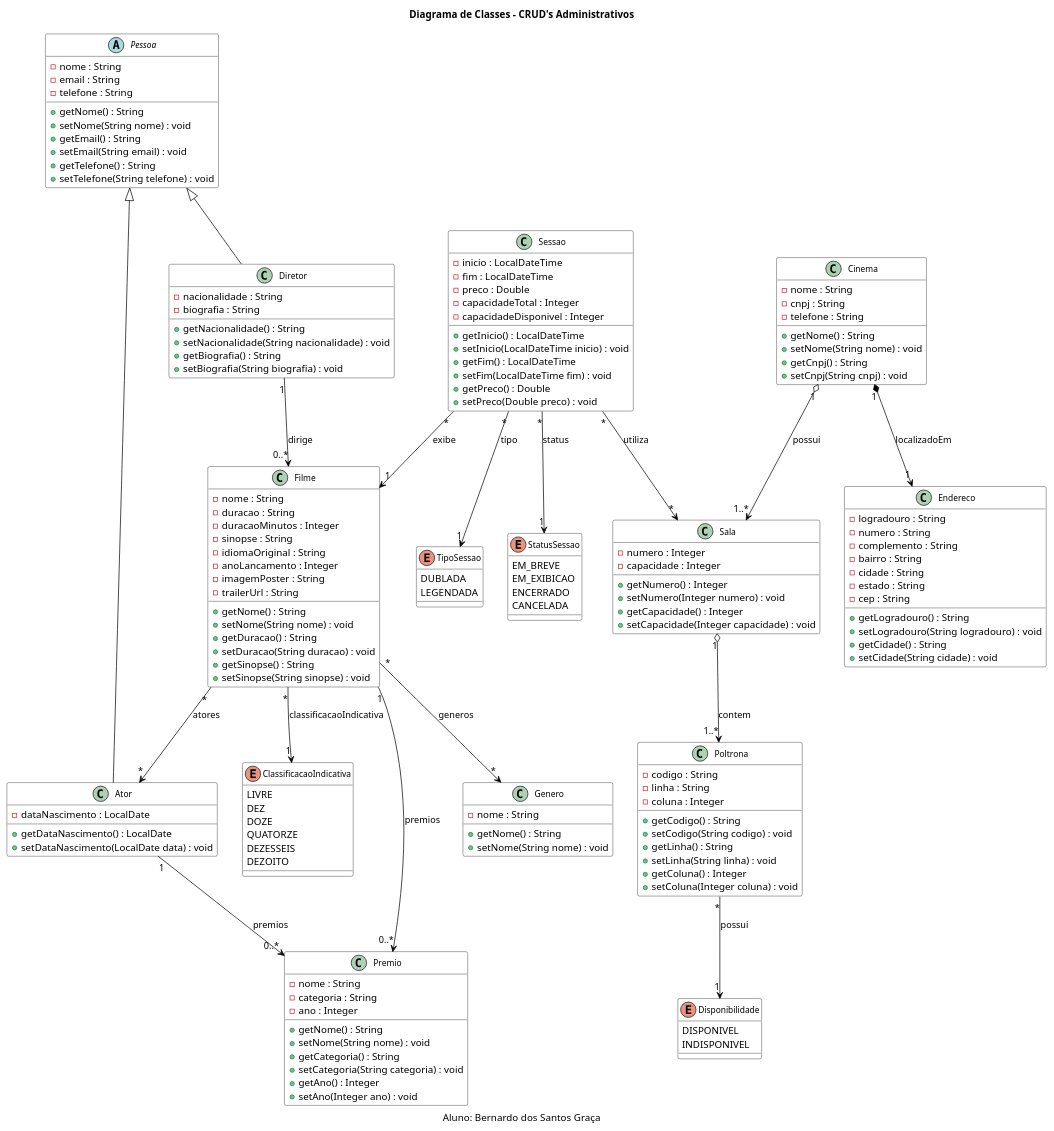
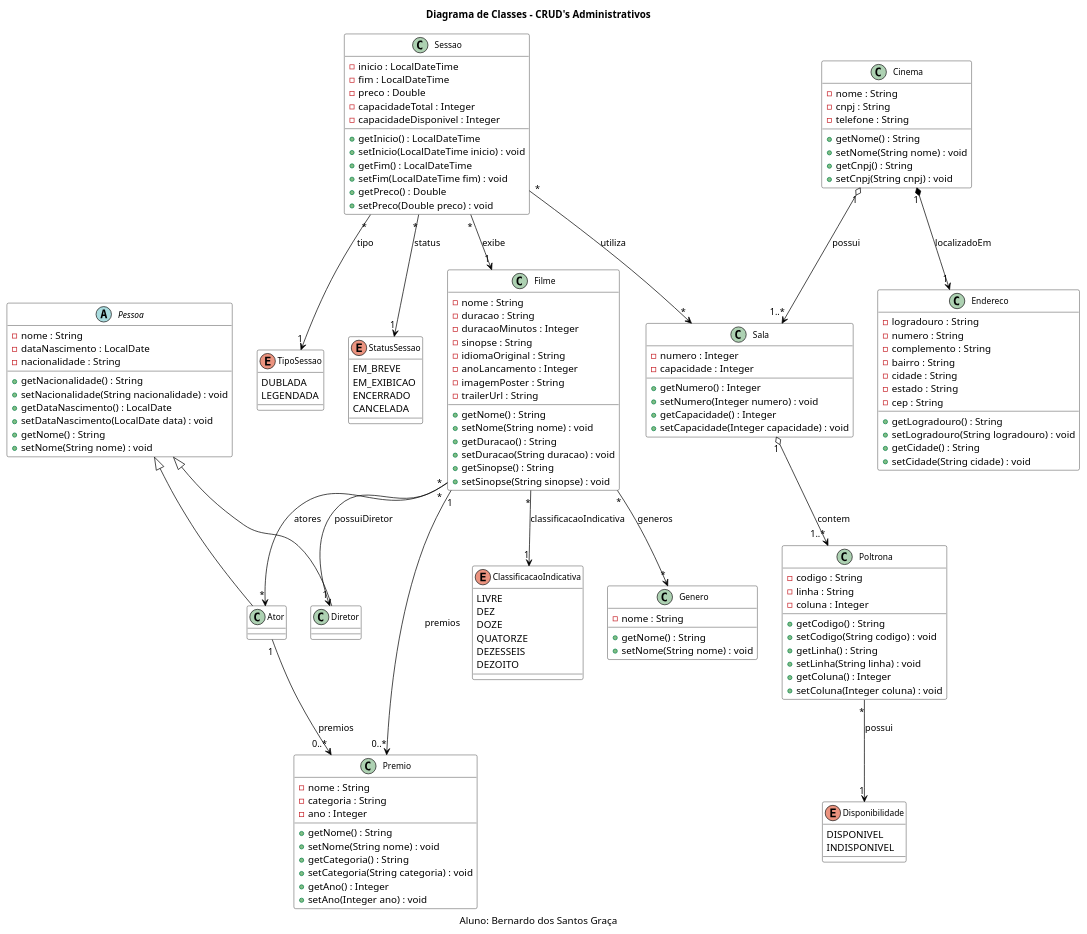
The diagram in src/main/java/br/unitins/documentation/diagramaClassesAdmin.puml (bernardoDSG/newsvi-tp1-api), drawn with PlantUML before and after one commit. The commit also changed 3 other files, not shown here.

```diff
--- a/src/main/java/br/unitins/documentation/diagramaClassesAdmin.puml
+++ b/src/main/java/br/unitins/documentation/diagramaClassesAdmin.puml
@@ -1,196 +1,188 @@
 @startuml diagramaClassesAdmin
-title Diagrama de Classes - CRUD's Administrativos 
+title Diagrama de Classes - CRUD's Administrativos
 caption Aluno: Bernardo dos Santos Graça
 
 ' ==================== CONFIGURAÇÕES ====================
 skinparam class {
     BackgroundColor White
     BorderColor Black
     ArrowColor Black
     FontSize 12
 }
 
 ' ==================== HERANÇA ====================
 abstract class Pessoa {
     - nome : String
-    - email : String
-    - telefone : String
+    - dataNascimento : LocalDate
+    - nacionalidade : String
+    + getNacionalidade() : String
+    + setNacionalidade(String nacionalidade) : void
+    + getDataNascimento() : LocalDate
+    + setDataNascimento(LocalDate data) : void
     + getNome() : String
     + setNome(String nome) : void
-    + getEmail() : String
-    + setEmail(String email) : void
-    + getTelefone() : String
-    + setTelefone(String telefone) : void
 }
 
 ' Herança: Ator e Diretor são especializações de Pessoa
 Ator -up-|> Pessoa
 Diretor -up-|> Pessoa
 
 ' ==================== CLASSES PRINCIPAIS ====================
 
 class Ator {
-    - dataNascimento : LocalDate
-    + getDataNascimento() : LocalDate
-    + setDataNascimento(LocalDate data) : void
 }
 
 class Diretor {
-    - nacionalidade : String
-    - biografia : String
-    + getNacionalidade() : String
-    + setNacionalidade(String nacionalidade) : void
-    + getBiografia() : String
-    + setBiografia(String biografia) : void
 }
 
 class Filme {
     - nome : String
     - duracao : String
     - duracaoMinutos : Integer
     - sinopse : String
-    - idiomaOriginal : String 
+    - idiomaOriginal : String
     - anoLancamento : Integer
     - imagemPoster : String
     - trailerUrl : String
     + getNome() : String
     + setNome(String nome) : void
     + getDuracao() : String
     + setDuracao(String duracao) : void
     + getSinopse() : String
     + setSinopse(String sinopse) : void
 }
 
 class Genero {
     - nome : String
     + getNome() : String
     + setNome(String nome) : void
 }
 
 class Premio {
     - nome : String
     - categoria : String
     - ano : Integer
     + getNome() : String
     + setNome(String nome) : void
     + getCategoria() : String
     + setCategoria(String categoria) : void
     + getAno() : Integer
     + setAno(Integer ano) : void
 }
 
 class Sala {
     - numero : Integer
     - capacidade : Integer
     + getNumero() : Integer
     + setNumero(Integer numero) : void
     + getCapacidade() : Integer
     + setCapacidade(Integer capacidade) : void
 }
 
 class Poltrona {
     - codigo : String
     - linha : String
     - coluna : Integer
     + getCodigo() : String
     + setCodigo(String codigo) : void
     + getLinha() : String
     + setLinha(String linha) : void
     + getColuna() : Integer
     + setColuna(Integer coluna) : void
 }
 
 class Sessao {
     - inicio : LocalDateTime
     - fim : LocalDateTime
     - preco : Double
     - capacidadeTotal : Integer
     - capacidadeDisponivel : Integer
     + getInicio() : LocalDateTime
     + setInicio(LocalDateTime inicio) : void
     + getFim() : LocalDateTime
     + setFim(LocalDateTime fim) : void
     + getPreco() : Double
     + setPreco(Double preco) : void
 }
 
 class Cinema {
     - nome : String
     - cnpj : String
     - telefone : String
     + getNome() : String
     + setNome(String nome) : void
     + getCnpj() : String
     + setCnpj(String cnpj) : void
 }
 
 class Endereco {
     - logradouro : String
     - numero : String
     - complemento : String
     - bairro : String
     - cidade : String
     - estado : String
     - cep : String
     + getLogradouro() : String
     + setLogradouro(String logradouro) : void
     + getCidade() : String
     + setCidade(String cidade) : void
 }
 
 ' ==================== ENUMS ====================
 
 enum Disponibilidade {
     DISPONIVEL
     INDISPONIVEL
 }
 
 enum TipoSessao {
     DUBLADA
     LEGENDADA
 }
 
 enum ClassificacaoIndicativa {
     LIVRE
     DEZ
     DOZE
     QUATORZE
     DEZESSEIS
     DEZOITO
 }
 
 enum StatusSessao {
     EM_BREVE
     EM_EXIBICAO
     ENCERRADO
     CANCELADA
 }
 
 ' ==================== RELACIONAMENTOS UNIDIRECIONAIS ====================
 
 ' -------------------- ASSOCIAÇÃO UNIDIRECIONAL --------------------
-Diretor "1" --> "0..*" Filme : dirige
+' CORRIGIDO: Filme -> Diretor (Filme conhece seu diretor)
+Filme "*" --> "1" Diretor : possuiDiretor
 
 ' -------------------- AGREGAÇÃO UNIDIRECIONAL --------------------
 Cinema "1" o--> "1..*" Sala : possui
 Sala "1" o--> "1..*" Poltrona : contem
 
 ' -------------------- COMPOSIÇÃO UNIDIRECIONAL --------------------
 Cinema "1" *--> "1" Endereco : localizadoEm
 
 ' -------------------- ASSOCIAÇÕES UNIDIRECIONAIS --------------------
 Filme "*" --> "*" Ator : atores
 Filme "*" --> "*" Genero : generos
 Filme "1" --> "0..*" Premio : premios
 Filme "*" --> "1" ClassificacaoIndicativa : classificacaoIndicativa
 
 Ator "1" --> "0..*" Premio : premios
 
 Sessao "*" --> "1" TipoSessao : tipo
 Sessao "*" --> "1" StatusSessao : status
 Sessao "*" --> "1" Filme : exibe
 Sessao "*" --> "*" Sala : utiliza
 
 Poltrona "*" --> "1" Disponibilidade : possui
 
 @enduml
```
